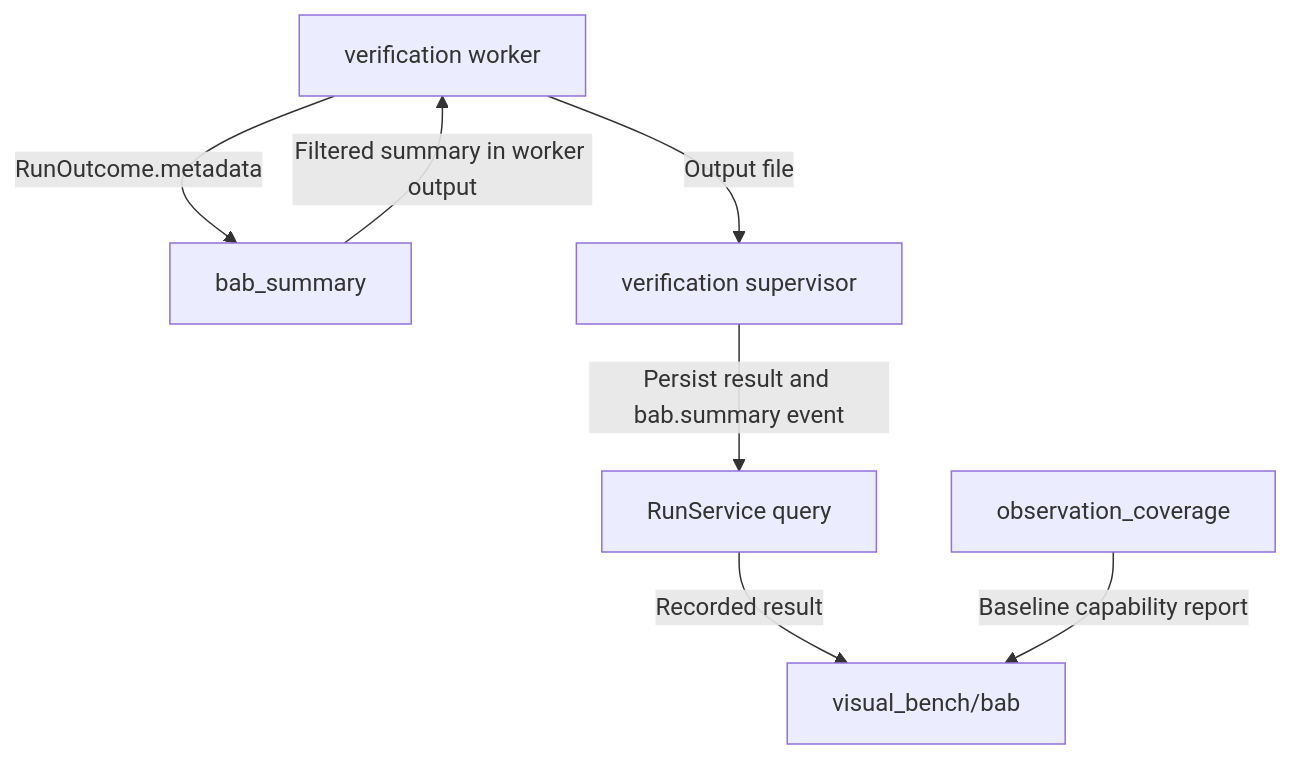
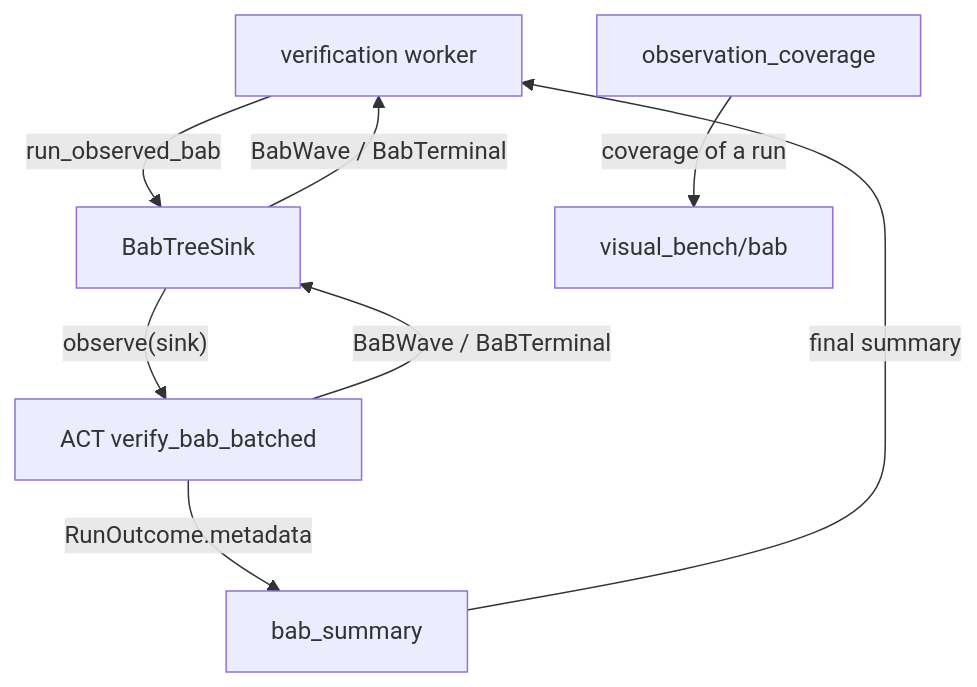
Before and after one commit to SVF-tools/ACT-GUI: the diagram in engine_bridge/events/README.md, drawn with Mermaid. The commit also changed other lines of this file and 44 other files, not shown here.

First line of the commit message:
show the BaB search tree live: record ACT's committed waves and draw the tree

````diff
--- a/engine_bridge/events/README.md
+++ b/engine_bridge/events/README.md
@@ -20,9 +20,10 @@
 ```mermaid
 flowchart TB
-Worker["verification worker"] -->|"RunOutcome.metadata"| Filter["bab_summary"]
-  Filter -->|"Filtered summary in worker output"| Worker
-  Worker -->|"Output file"| Supervisor["verification supervisor"]
-  Supervisor -->|"Persist result and bab.summary event"| Run["RunService query"]
-  Run -->|"Recorded result"| Bab["visual_bench/bab"]
-  Coverage["observation_coverage"] -->|"Baseline capability report"| Bab
+  Worker["verification worker"] -->|"run_observed_bab"| Sink["BabTreeSink"]
+  Sink -->|"observe(sink)"| ACT["ACT verify_bab_batched"]
+  ACT -->|"BaBWave / BaBTerminal"| Sink
+  Sink -->|"BabWave / BabTerminal"| Worker
+  ACT -->|"RunOutcome.metadata"| Filter["bab_summary"]
+  Filter -->|"final summary"| Worker
+  Coverage["observation_coverage"] -->|"coverage of a run"| Bab["visual_bench/bab"]
 ```
````
